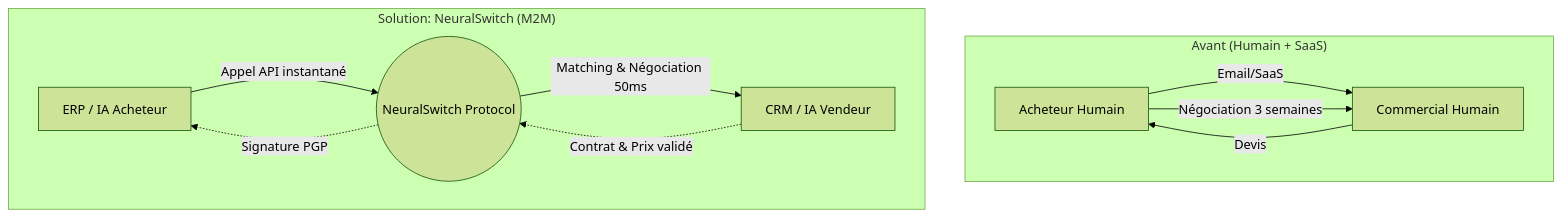
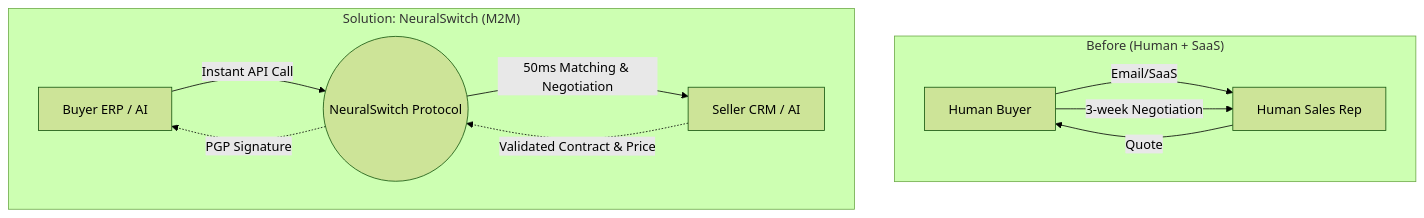
Before and after one commit to flouzzy/top-100-ai-startup-ideas: the first of 2 diagrams in ideas/neuralswitch/README.md, drawn with Mermaid (forest theme). The commit also changed other lines of this file and 21 other files, not shown here.

````diff
--- a/ideas/neuralswitch/README.md
+++ b/ideas/neuralswitch/README.md
@@ -15,15 +17,15 @@
 ```mermaid
 graph TD
-    %% Schéma comparatif Problème vs Solution ou Flux d'architecture
-    subgraph "Avant (Humain + SaaS)"
-        A1[Acheteur Humain] -->|Email/SaaS| B1[Commercial Humain]
-        B1 -->|Devis| A1
-        A1 -->|Négociation 3 semaines| B1
+    %% Comparative Diagram Problem vs Solution or Architecture Flow
+    subgraph "Before (Human + SaaS)"
+        A1[Human Buyer] -->|Email/SaaS| B1[Human Sales Rep]
+        B1 -->|Quote| A1
+        A1 -->|3-week Negotiation| B1
     end
     subgraph "Solution: NeuralSwitch (M2M)"
-        A2[ERP / IA Acheteur] -->|Appel API instantané| C2((NeuralSwitch Protocol))
-        C2 -->|Matching & Négociation 50ms| B2[CRM / IA Vendeur]
-        B2 -.->|Contrat & Prix validé| C2
-        C2 -.->|Signature PGP| A2
+        A2[Buyer ERP / AI] -->|Instant API Call| C2((NeuralSwitch Protocol))
+        C2 -->|50ms Matching & Negotiation| B2[Seller CRM / AI]
+        B2 -.->|Validated Contract & Price| C2
+        C2 -.->|PGP Signature| A2
     end
 ```
````
